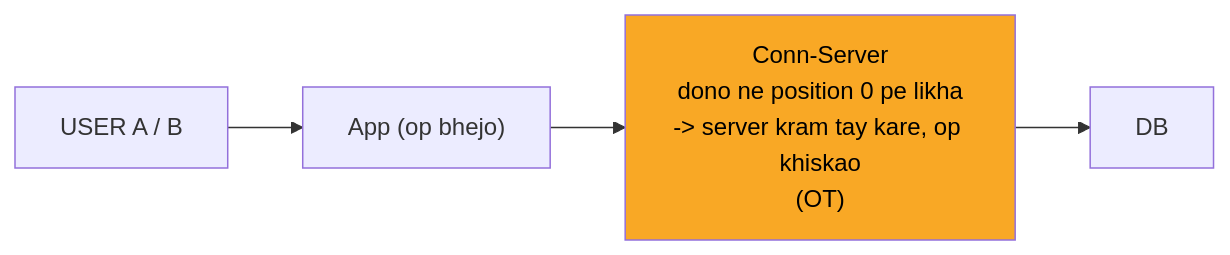
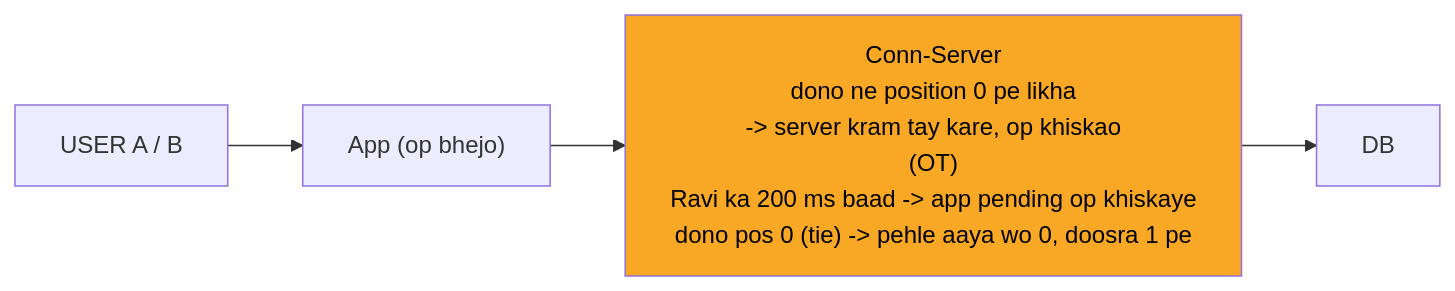
One commit to ArpanMaheshwari144/Prep changed the fourth of 10 diagrams in 04_HLD/SYSTEM_DESIGNS/11_google_docs_collab/11_google_docs_collab.md. Above: the diagram before and after it, drawn with Mermaid. The commit also changed other lines of this file and 12 other files, not shown here.

Commit message:
hld 02-14: peele dabbe me SAFAR ke mod + diagram chauda (wrappingWidth 450)

````diff
--- a/04_HLD/SYSTEM_DESIGNS/11_google_docs_collab/11_google_docs_collab.md
+++ b/04_HLD/SYSTEM_DESIGNS/11_google_docs_collab/11_google_docs_collab.md
@@ -135,11 +138,12 @@
 ```mermaid
+%%{init: {"flowchart": {"wrappingWidth": 450}}}%%
 flowchart LR
     n_USER["USER A / B"]
     n_App["App (op bhejo)"]
-    n_CS["Conn-Server<br/>dono ne position 0 pe likha<br/>-> server kram tay kare, op khiskao<br/>(OT)"]
+    n_CS["Conn-Server<br/>dono ne position 0 pe likha<br/>-> server kram tay kare, op khiskao<br/>(OT)<br/>Ravi ka 200 ms baad -> app pending op khiskaye<br/>dono pos 0 (tie) -> pehle aaya wo 0, doosra 1 pe"]
     n_DB["DB"]
     n_USER --> n_App
     n_App --> n_CS
     n_CS --> n_DB
     style n_CS fill:#f9a825,color:#000
 ```
````
